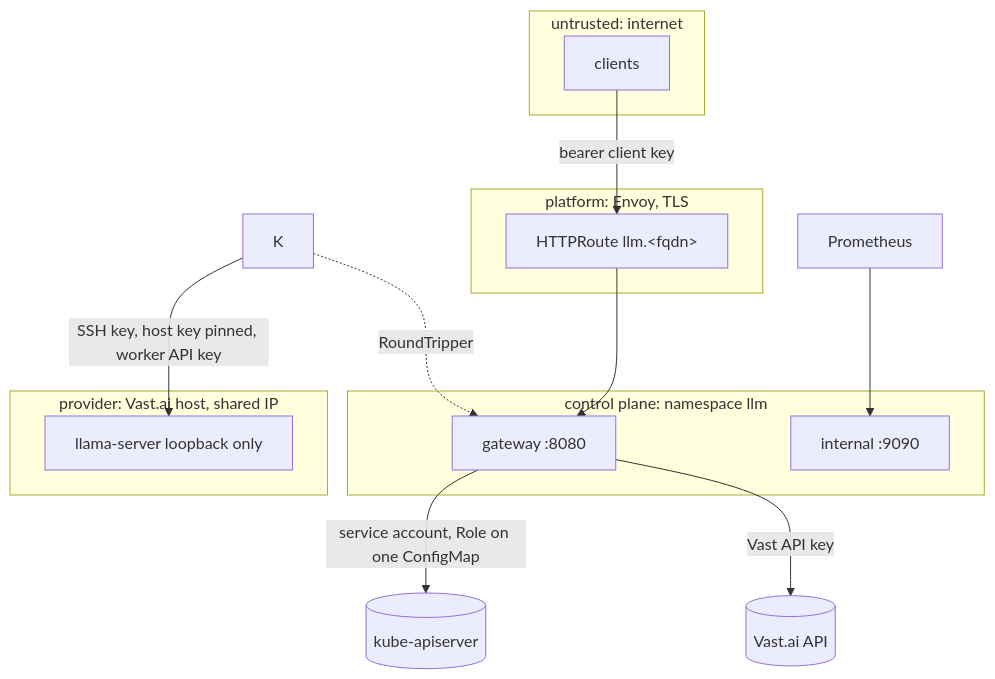
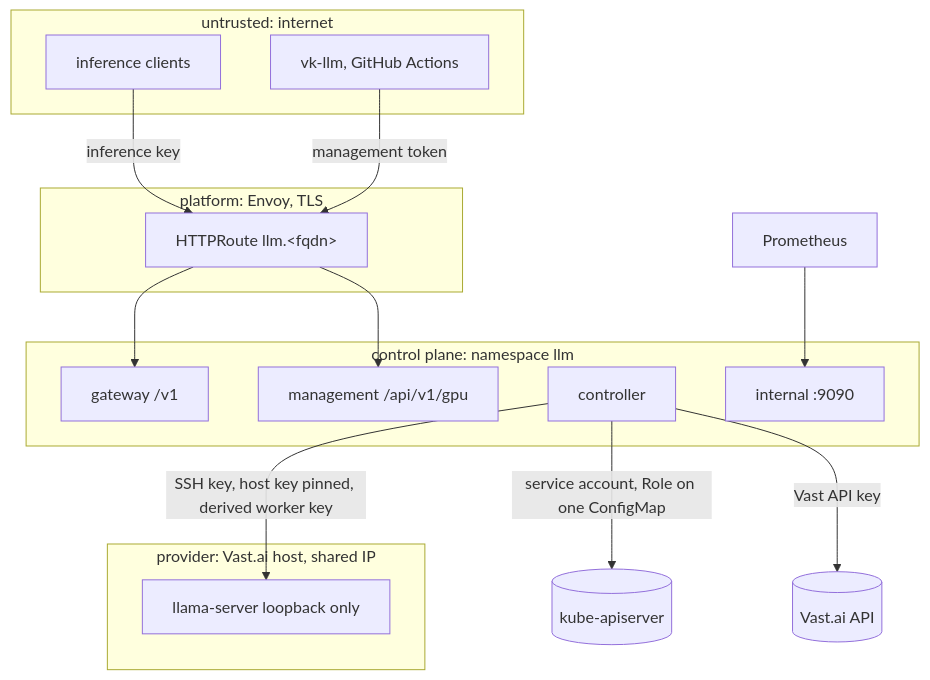
One commit to savak1990/vk-llm-on-demand changed the fifth of 5 diagrams in docs/architecture.md. Above: the diagram before and after it, drawn with Mermaid. The commit also changed other lines of this file and 41 other files, not shown here.

First line of the commit message:
docs: explicit lifecycle, 30-minute rolling idle, management API, vk-llm CLI

````diff
--- a/docs/architecture.md
+++ b/docs/architecture.md
@@ -150,22 +189,25 @@
 ```mermaid
 flowchart TB
     subgraph T0["untrusted: internet"]
-        C[clients]
+        C[inference clients]
+        U[vk-llm, GitHub Actions]
     end
     subgraph T1["platform: Envoy, TLS"]
         E[HTTPRoute llm.&lt;fqdn&gt;]
     end
     subgraph T2["control plane: namespace llm"]
-        G[gateway :8080]
+        G[gateway /v1]
+        M[management /api/v1/gpu]
+        K[controller]
         O[internal :9090]
     end
     subgraph T3["provider: Vast.ai host, shared IP"]
         W[llama-server loopback only]
     end
-    C -->|bearer client key| E --> G
-    K -->|SSH key, host key pinned, worker API key| W
-    K -.->|RoundTripper| G
-    G -->|service account, Role on one ConfigMap| K8s[(kube-apiserver)]
-    G -->|Vast API key| V[(Vast.ai API)]
+    C -->|inference key| E --> G
+    U -->|management token| E --> M
+    K -->|SSH key, host key pinned, derived worker key| W
+    K -->|service account, Role on one ConfigMap| K8s[(kube-apiserver)]
+    K -->|Vast API key| V[(Vast.ai API)]
     P[Prometheus] --> O
 ```
````
